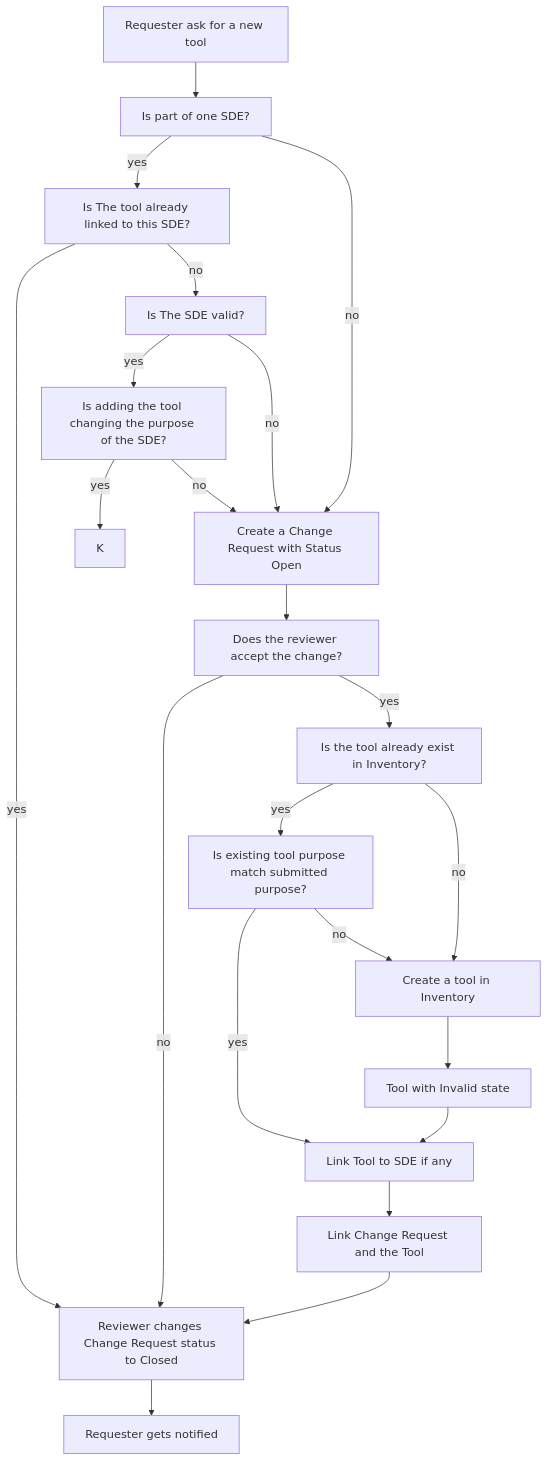
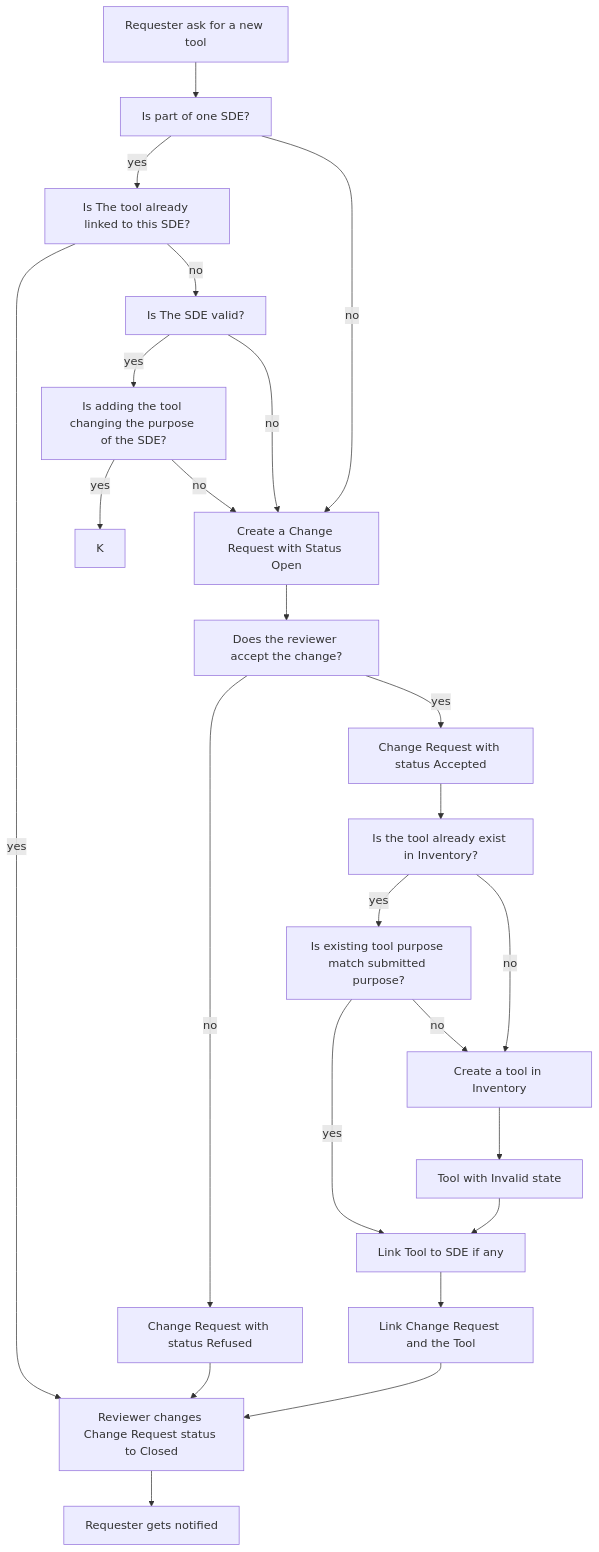
The diagram in backend/doc/change-request-workflow.md (mymichu/koala), drawn with Mermaid before and after one commit.

Commit message:
Add state Accepted and Regused to Change Request

````diff
--- a/backend/doc/change-request-workflow.md
+++ b/backend/doc/change-request-workflow.md
@@ -4,24 +4,26 @@
 ```mermaid
 flowchart
 InitialRequest[Requester ask for a new tool] --> IsPartOfSDE[Is part of one SDE?]
 IsPartOfSDE -- "yes" --> IsToolAlreadyLinked[Is The tool already linked to this SDE?]
 IsToolAlreadyLinked -- "no" --> IsValidSDE[Is The SDE valid?]
 IsToolAlreadyLinked -- "yes" --> CloseChangeCR
 IsValidSDE -- "yes" --> ValidSDE[Is adding the tool changing the purpose of the SDE?]
 ValidSDE -- "no" --> D
 ValidSDE -- "yes" --> K
 IsValidSDE -- "no" --> D
 IsPartOfSDE -- "no" --> D["Create a Change Request with Status Open"]
 D --> E["Does the reviewer accept the change?"]
-E -- "no" --> CloseChangeCR
-E -- "yes" --> ExistingTool[Is the tool already exist in Inventory?]
+E -- "no" --> Refused[Change Request with status Refused]
+Refused --> CloseChangeCR
+E -- "yes" --> Accepted[Change Request with status Accepted]
+Accepted --> ExistingTool[Is the tool already exist in Inventory?]
 ExistingTool -- "yes" --> CheckExistingToolPurpose["Is existing tool purpose match submitted purpose?"]
 CheckExistingToolPurpose -- "no" --> F
 CheckExistingToolPurpose -- "yes" --> LinkToolToSDE["Link Tool to SDE if any"]
 ExistingTool -- "no" --> F[Create a tool in Inventory]
 F[Create a tool in Inventory] --> InvalidTool[Tool with Invalid state]
 InvalidTool --> LinkToolToSDE
 LinkToolToSDE --> H[Link Change Request and the Tool]
 H --> CloseChangeCR[Reviewer changes Change Request status to Closed]
 CloseChangeCR --> Notif[Requester gets notified]
 ```
````
